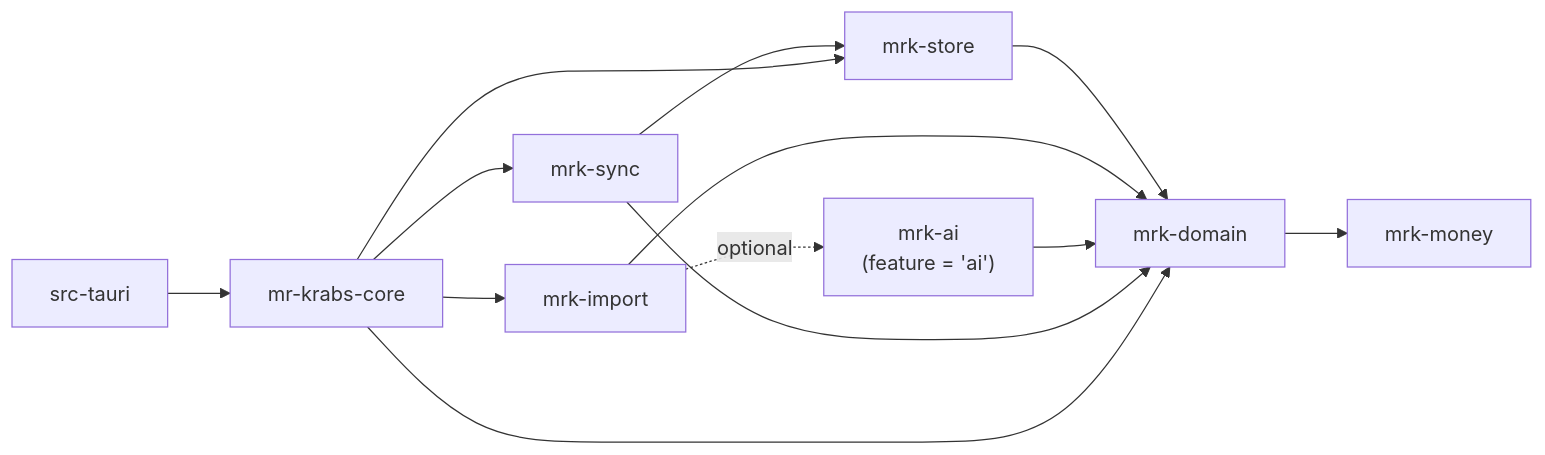
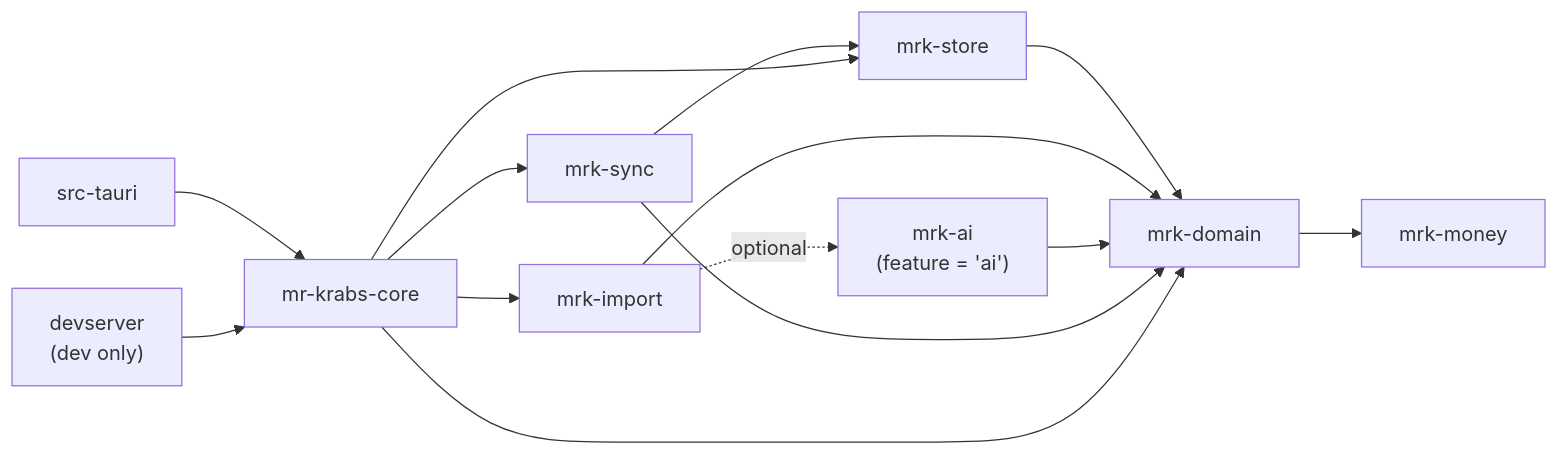
One commit to izentenosmith/mr-krabs changed the second of 4 diagrams in docs/02-architecture.md. Above: the diagram before and after it, drawn with Mermaid. The commit also changed other lines of this file and 81 other files, not shown here.

````diff
--- a/docs/02-architecture.md
+++ b/docs/02-architecture.md
@@ -91,21 +94,22 @@
 ```mermaid
 flowchart LR
     money[mrk-money]
     domain[mrk-domain]
     store[mrk-store]
     import[mrk-import]
     ai["mrk-ai<br/>(feature = 'ai')"]
     sync[mrk-sync]
     core[mr-krabs-core]
     tauri[src-tauri]
 
     domain --> money
     store --> domain
     import --> domain
     import -.optional.-> ai
     ai --> domain
     sync --> domain
     sync --> store
     core --> store & import & sync & domain
     tauri --> core
+    devserver["devserver<br/>(dev only)"] --> core
 ```
````
